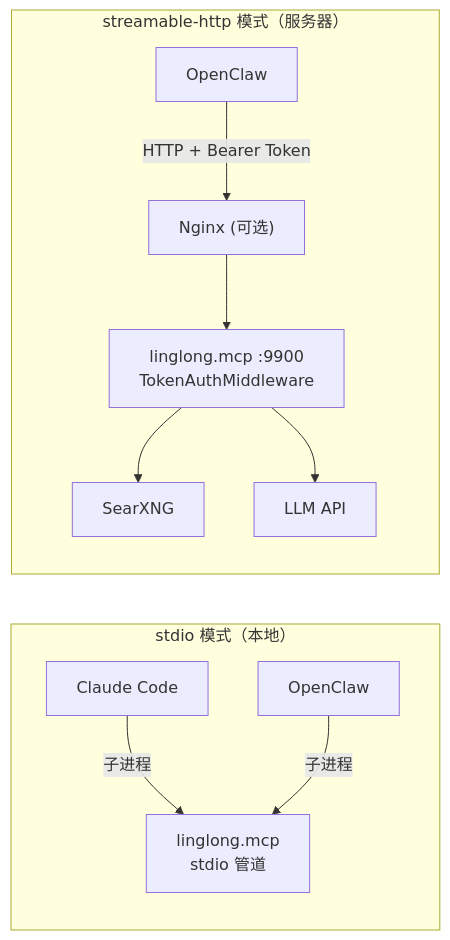
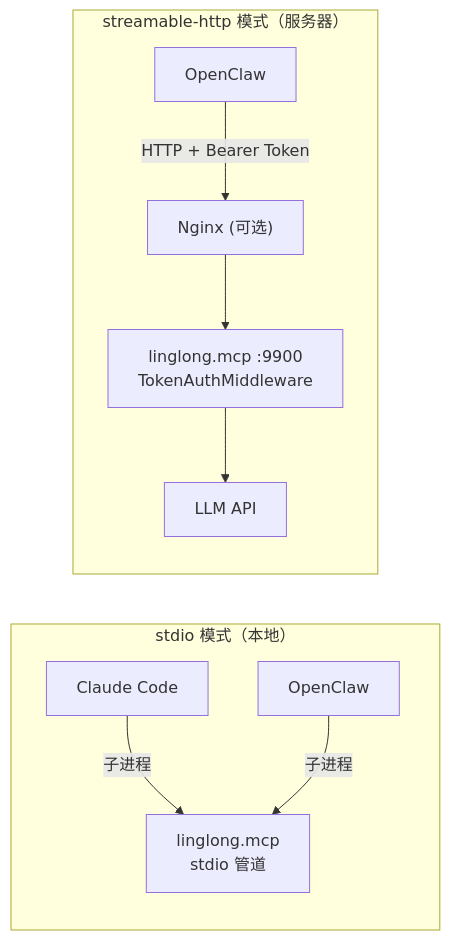
The third of 4 diagrams in docs/design/06-mcp.md (xinovate/linglong-scout), drawn with Mermaid before and after one commit. The commit also changed other lines of this file and 17 other files, not shown here.

First line of the commit message:
docs: 清理 SearXNG 引用，更新规则文件和文档

````diff
--- a/docs/design/06-mcp.md
+++ b/docs/design/06-mcp.md
@@ -78,14 +78,13 @@
 ```mermaid
 graph LR
     subgraph 本地["stdio 模式（本地）"]
         CC["Claude Code"] -->|子进程| MCP1["linglong.mcp<br/>stdio 管道"]
         OC["OpenClaw"] -->|子进程| MCP1
     end
 
     subgraph 远程["streamable-http 模式（服务器）"]
         OC2["OpenClaw"] -->|HTTP + Bearer Token| NGINX["Nginx (可选)"]
         NGINX --> MCP2["linglong.mcp :9900<br/>TokenAuthMiddleware"]
-        MCP2 --> SEARXNG["SearXNG"]
         MCP2 --> LLM["LLM API"]
     end
 ```
````
